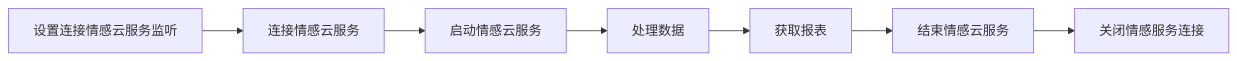
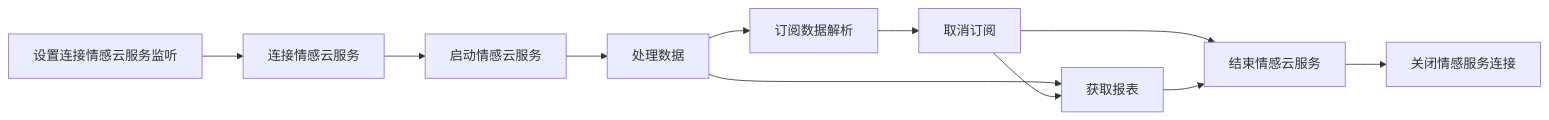
One commit to Entertech/Enter-Affective-Offline-SDK changed the diagram in README.md. Above: the diagram before and after it, drawn with Mermaid. The commit also changed other lines of this file, not shown here.

````diff
--- a/README.md
+++ b/README.md
@@ -799,11 +807,15 @@
 ```mermaid
 graph LR
 
 设置连接情感云服务监听-->
 连接情感云服务-->
 启动情感云服务-->处理数据
 处理数据-->获取报表
+处理数据-->订阅数据解析
+订阅数据解析-->取消订阅
+取消订阅-->结束情感云服务
+取消订阅-->获取报表
 获取报表-->结束情感云服务-->
 关闭情感服务连接
 
 ```
````
